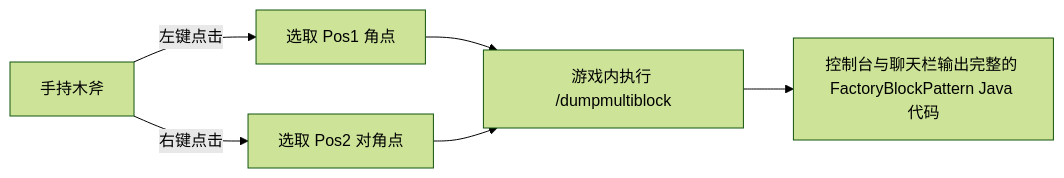
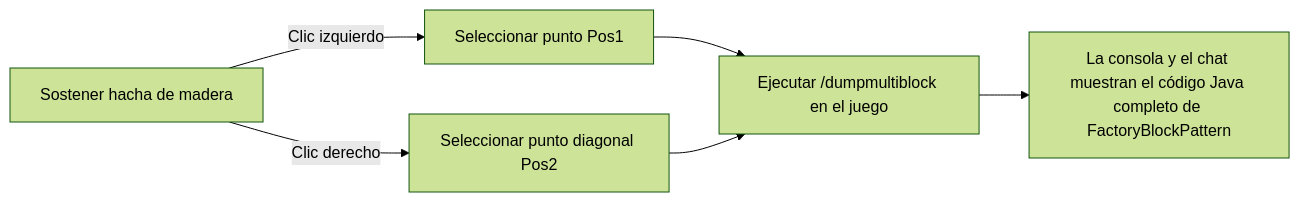
One commit to takanashisatou/GregtechEasy-Docs changed the diagram in docs/es/kubejs/tools-and-utilities.md. Above: the diagram before and after it, drawn with Mermaid (forest theme). The commit also changed other lines of this file and 99 other files, not shown here.

````diff
--- a/docs/es/kubejs/tools-and-utilities.md
+++ b/docs/es/kubejs/tools-and-utilities.md
@@ -13,7 +13,7 @@
 ```mermaid
 graph LR
-    A[手持木斧] -->|左键点击| B[选取 Pos1 角点]
-    A -->|右键点击| C[选取 Pos2 对角点]
-    B & C --> D[游戏内执行 /dumpmultiblock]
-    D --> E[控制台与聊天栏输出完整的 FactoryBlockPattern Java 代码]
+    A[Sostener hacha de madera] -->|Clic izquierdo| B[Seleccionar punto Pos1]
+    A -->|Clic derecho| C[Seleccionar punto diagonal Pos2]
+    B & C --> D[Ejecutar /dumpmultiblock en el juego]
+    D --> E[La consola y el chat muestran el código Java completo de FactoryBlockPattern]
 ```
````
